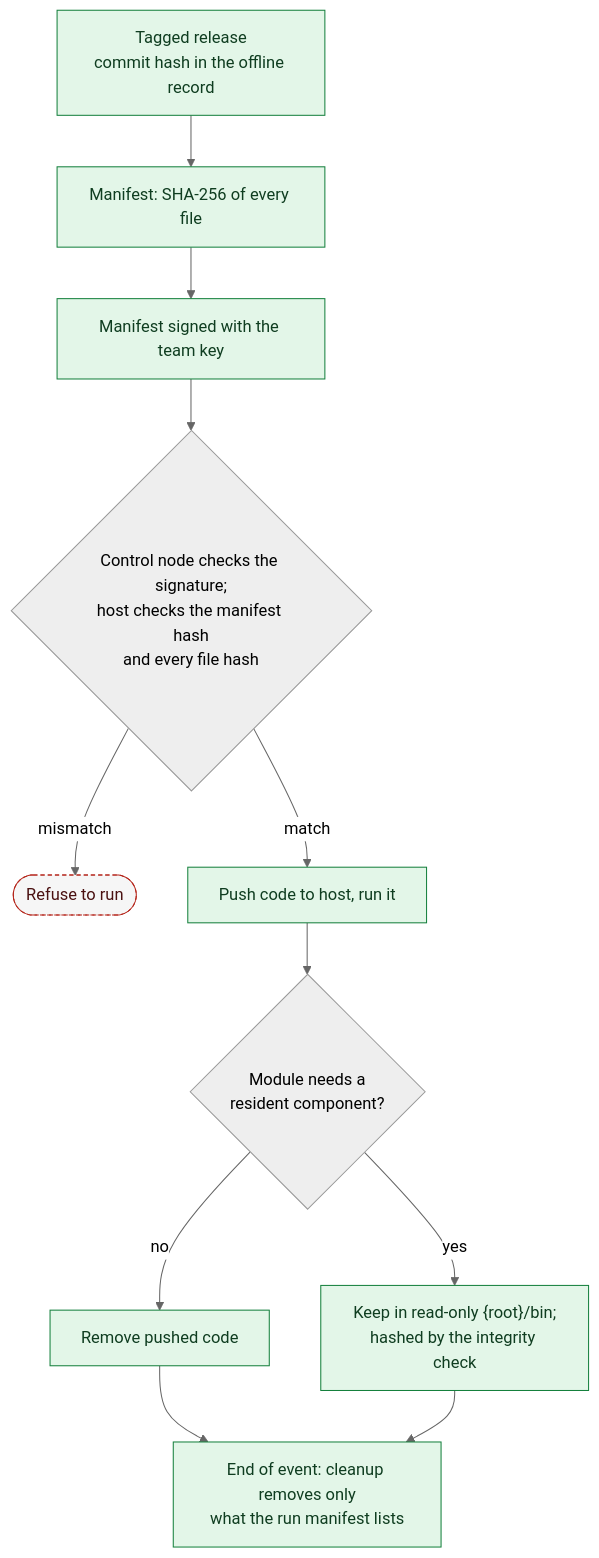
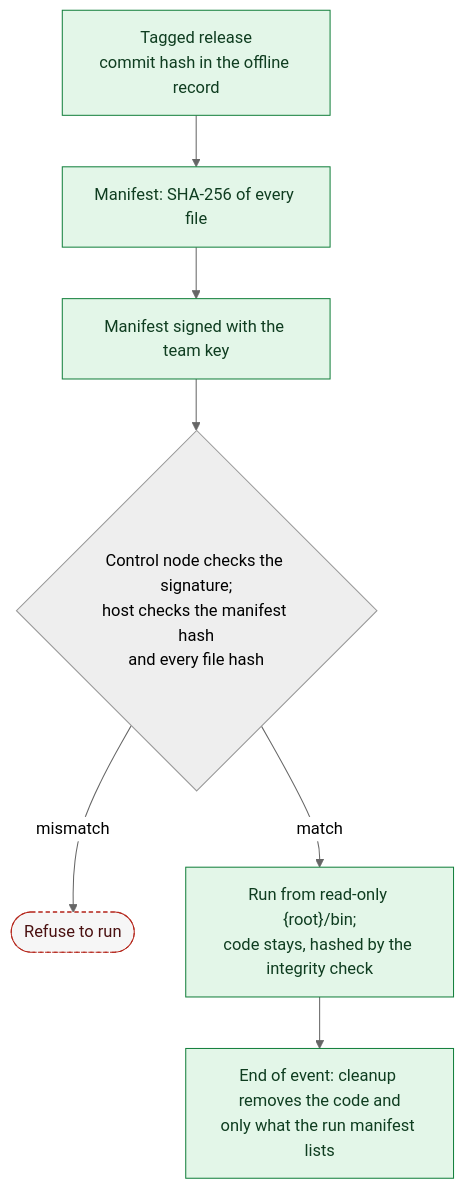
The diagram in docs/design/21-Cleanup-and-Tool-Integrity.md (dotnetdork/Labyrinth), drawn with Mermaid (neutral theme) before and after one commit. The commit also changed other lines of this file and 27 other files, not shown here.

````diff
--- a/docs/design/21-Cleanup-and-Tool-Integrity.md
+++ b/docs/design/21-Cleanup-and-Tool-Integrity.md
@@ -69,17 +71,13 @@
 ```mermaid
 flowchart TD
     REL["Tagged release<br/>commit hash in the offline record"] --> MAN["Manifest: SHA-256 of every file"]
     MAN --> SIG["Manifest signed with the team key"]
     SIG --> CHK{"Control node checks the signature;<br/>host checks the manifest hash<br/>and every file hash"}
     CHK -->|mismatch| NO(["Refuse to run"])
-    CHK -->|match| RUN["Push code to host, run it"]
-    RUN --> RES{"Module needs a<br/>resident component?"}
-    RES -->|no| DEL["Remove pushed code"]
-    RES -->|yes| KEEP["Keep in read-only {root}/bin;<br/>hashed by the integrity check"]
-    DEL --> CLN["End of event: cleanup removes only<br/>what the run manifest lists"]
-    KEEP --> CLN
+    CHK -->|match| RUN["Run from read-only {root}/bin;<br/>code stays, hashed by the integrity check"]
+    RUN --> CLN["End of event: cleanup removes the code and<br/>only what the run manifest lists"]
     classDef sustain fill:#e3f6e8,stroke:#15803d,color:#0f3d20
     classDef stop fill:#f6f6f6,stroke:#b42318,color:#4a1111,stroke-dasharray:4 3
-    class REL,MAN,SIG,RUN,DEL,KEEP,CLN sustain
+    class REL,MAN,SIG,RUN,CLN sustain
     class NO stop
 ```
````
